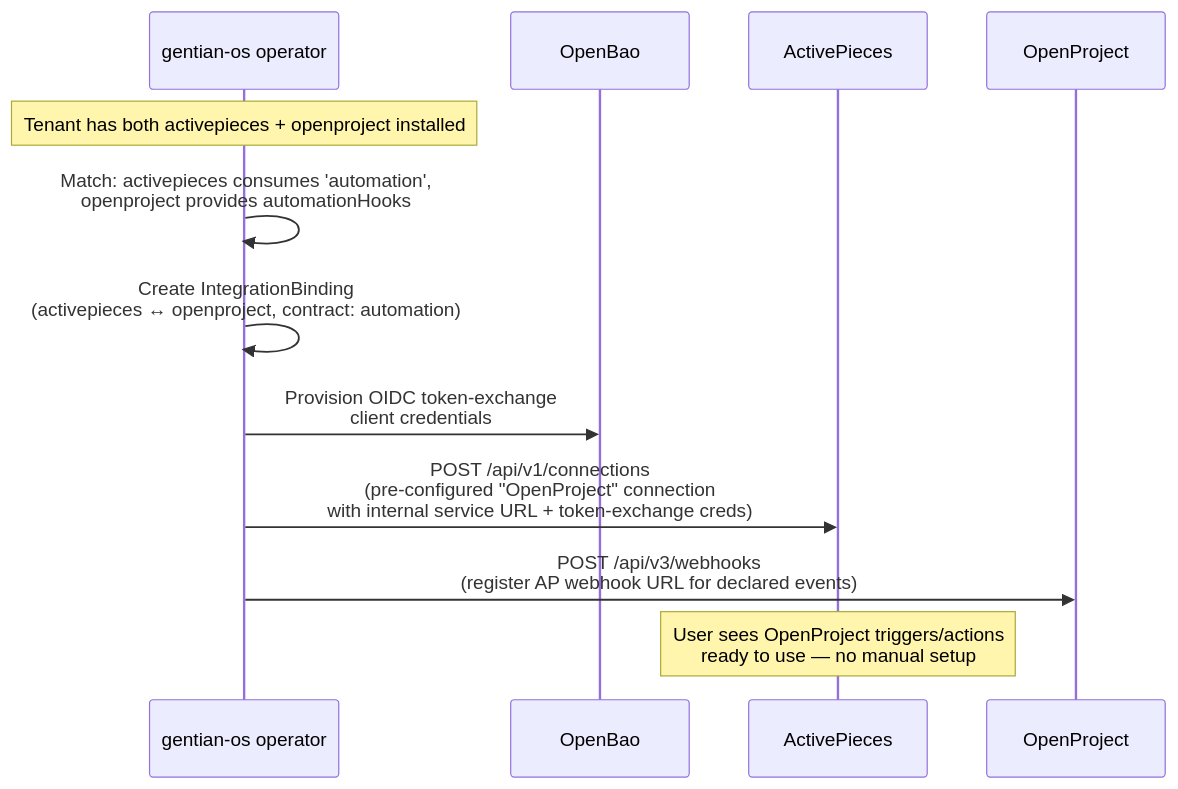
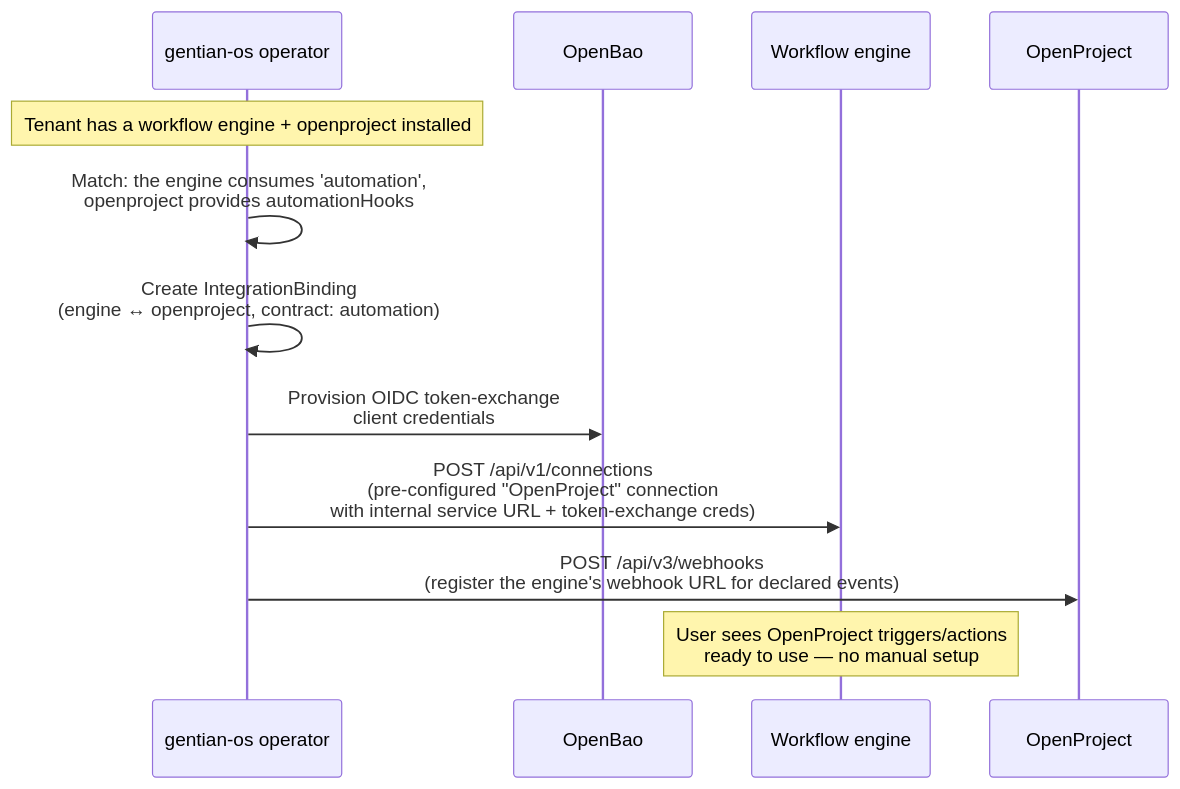
Before and after one commit to gentian-org/gentian-os: the diagram in docs/design/agentic-ai.md, drawn with Mermaid. The commit also changed other lines of this file and 24 other files, not shown here.

````diff
--- a/docs/design/agentic-ai.md
+++ b/docs/design/agentic-ai.md
@@ -201,15 +201,15 @@
 ```mermaid
 sequenceDiagram
     participant OP as gentian-os operator
     participant OB as OpenBao
-    participant AP as ActivePieces
+    participant WE as Workflow engine
     participant App as OpenProject
 
-    Note over OP: Tenant has both activepieces + openproject installed
-    OP->>OP: Match: activepieces consumes 'automation',<br/>openproject provides automationHooks
-    OP->>OP: Create IntegrationBinding<br/>(activepieces ↔ openproject, contract: automation)
+    Note over OP: Tenant has a workflow engine + openproject installed
+    OP->>OP: Match: the engine consumes 'automation',<br/>openproject provides automationHooks
+    OP->>OP: Create IntegrationBinding<br/>(engine ↔ openproject, contract: automation)
     OP->>OB: Provision OIDC token-exchange<br/>client credentials
-    OP->>AP: POST /api/v1/connections<br/>(pre-configured "OpenProject" connection<br/>with internal service URL + token-exchange creds)
-    OP->>App: POST /api/v3/webhooks<br/>(register AP webhook URL for declared events)
-    Note over AP: User sees OpenProject triggers/actions<br/>ready to use — no manual setup
+    OP->>WE: POST /api/v1/connections<br/>(pre-configured "OpenProject" connection<br/>with internal service URL + token-exchange creds)
+    OP->>App: POST /api/v3/webhooks<br/>(register the engine's webhook URL for declared events)
+    Note over WE: User sees OpenProject triggers/actions<br/>ready to use — no manual setup
 ```
````
